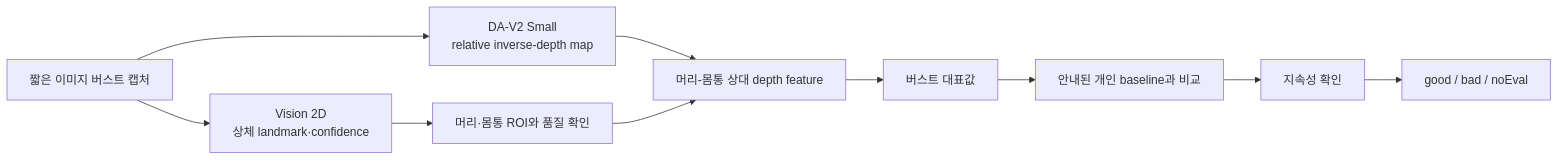
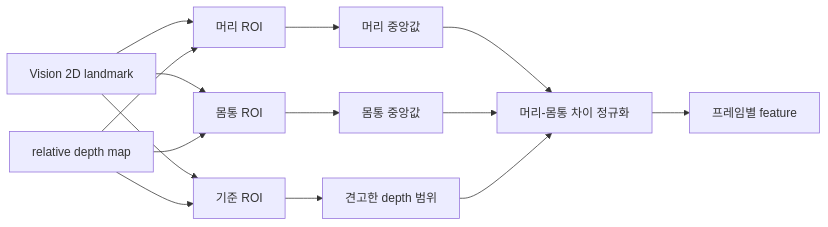
One commit to kimchanhyung98/turtlemeck changed the second of 4 diagrams in docs/algorithm/posture-analysis-workflow.md. Above: the diagram before and after it, drawn with Mermaid. The commit also changed other lines of this file and 11 other files, not shown here.

````diff
--- a/docs/algorithm/posture-analysis-workflow.md
+++ b/docs/algorithm/posture-analysis-workflow.md
@@ -11,12 +201,16 @@
 ```mermaid
 flowchart LR
-    A["짧은 이미지 버스트 캡처"] --> B["Vision 2D<br/>상체 landmark·confidence"]
-    A --> C["DA-V2 Small<br/>relative inverse-depth map"]
-    B --> D["머리·몸통 ROI와 품질 확인"]
-    C --> E["머리-몸통 상대 depth feature"]
-    D --> E
-    E --> F["버스트 대표값"]
-    F --> G["안내된 개인 baseline과 비교"]
-    G --> H["지속성 확인"]
-    H --> I["good / bad / noEval"]
+    LANDMARK["Vision 2D landmark"] --> HEAD["머리 ROI"]
+    LANDMARK --> TORSO["몸통 ROI"]
+    LANDMARK --> REF["기준 ROI"]
+    DEPTH["relative depth map"] --> HEAD
+    DEPTH --> TORSO
+    DEPTH --> REF
+    HEAD --> HM["머리 중앙값"]
+    TORSO --> TM["몸통 중앙값"]
+    REF --> SCALE["견고한 depth 범위"]
+    HM --> NORMALIZE["머리-몸통 차이 정규화"]
+    TM --> NORMALIZE
+    SCALE --> NORMALIZE
+    NORMALIZE --> FEATURE["프레임별 feature"]
 ```
````
